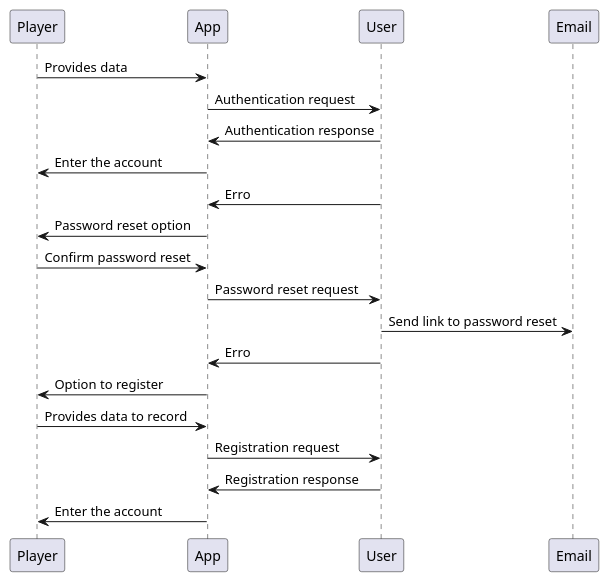
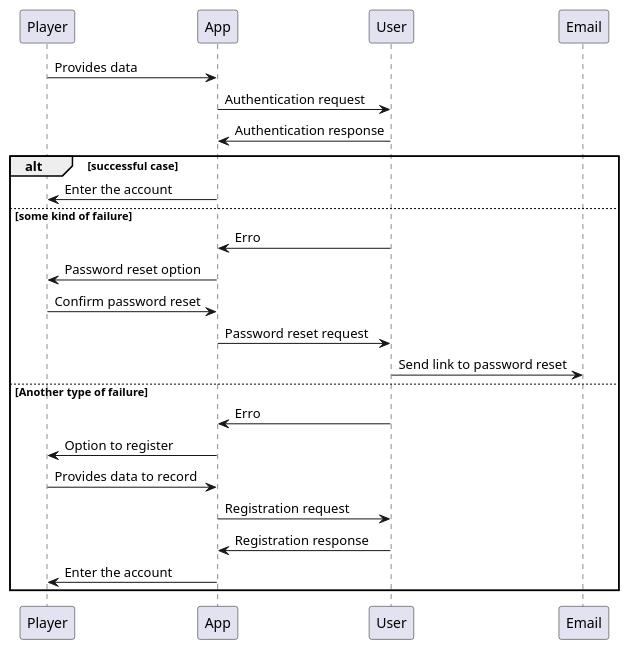
The diagram in docs/uml/NFD_Auth.puml (orion-services/game), drawn with PlantUML before and after one commit. The commit also changed 1 other file, not shown here.

```diff
--- a/docs/uml/NFD_Auth.puml
+++ b/docs/uml/NFD_Auth.puml
@@ -1,21 +1,34 @@
 @startuml NFD_Authentication
 
 Player -> App : Provides data
 App -> User : Authentication request
 App <- User : Authentication response
-'if (registered user? && correct password) then
-Player <- App : Enter the account
-'else if(incorrect password)
-App <- User : Erro
-Player <- App : Password reset option
-Player -> App : Confirm password reset
-App -> User : Password reset request
-User -> Email : Send link to password reset
-'else
-App <- User : Erro
-Player <- App : Option to register
-Player -> App : Provides data to record
-App -> User : Registration request
-App <- User : Registration response
-Player <- App : Enter the account
+
+alt successful case
+    
+    Player <- App : Enter the account
+
+else some kind of failure
+    
+    App <- User : Erro
+    
+    Player <- App : Password reset option
+    Player -> App : Confirm password reset
+    App -> User : Password reset request
+    User -> Email : Send link to password reset
+      
+            
+else Another type of failure
+   
+    App <- User : Erro
+
+    Player <- App : Option to register
+
+    Player -> App : Provides data to record
+    App -> User : Registration request
+    App <- User : Registration response
+    Player <- App : Enter the account
+
+end
+
 @enduml
```
